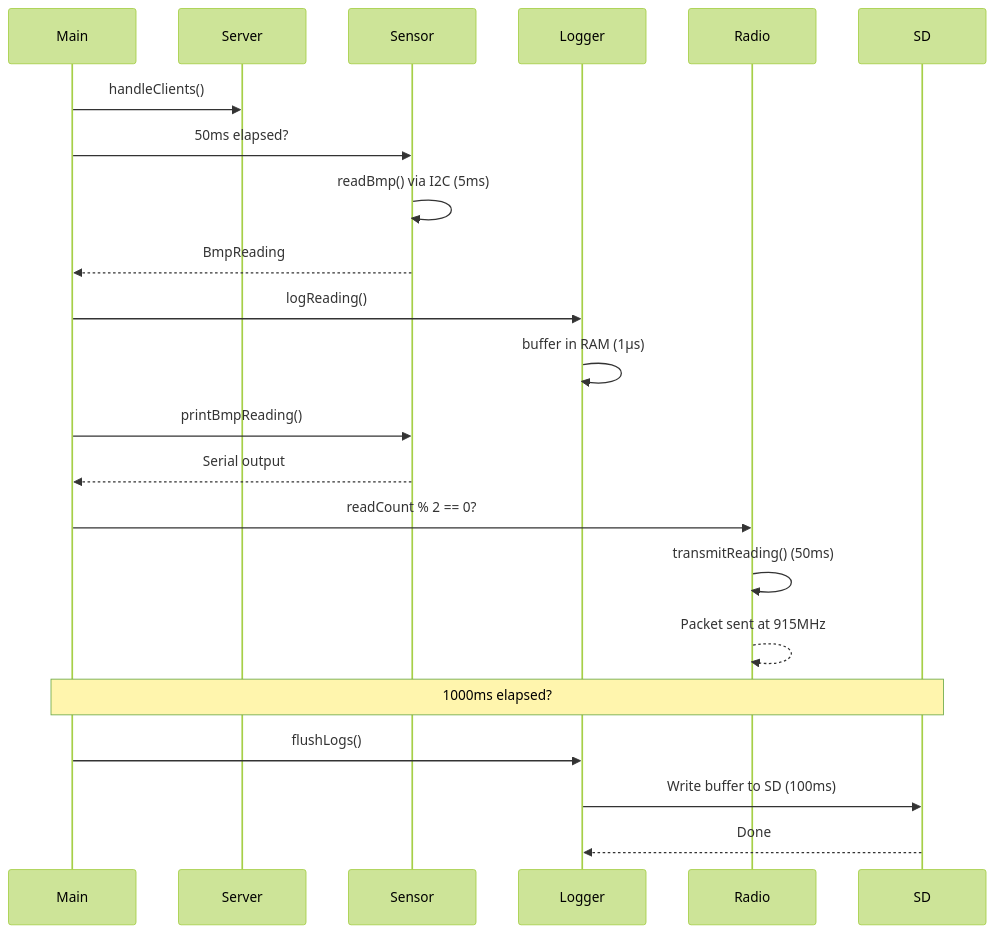
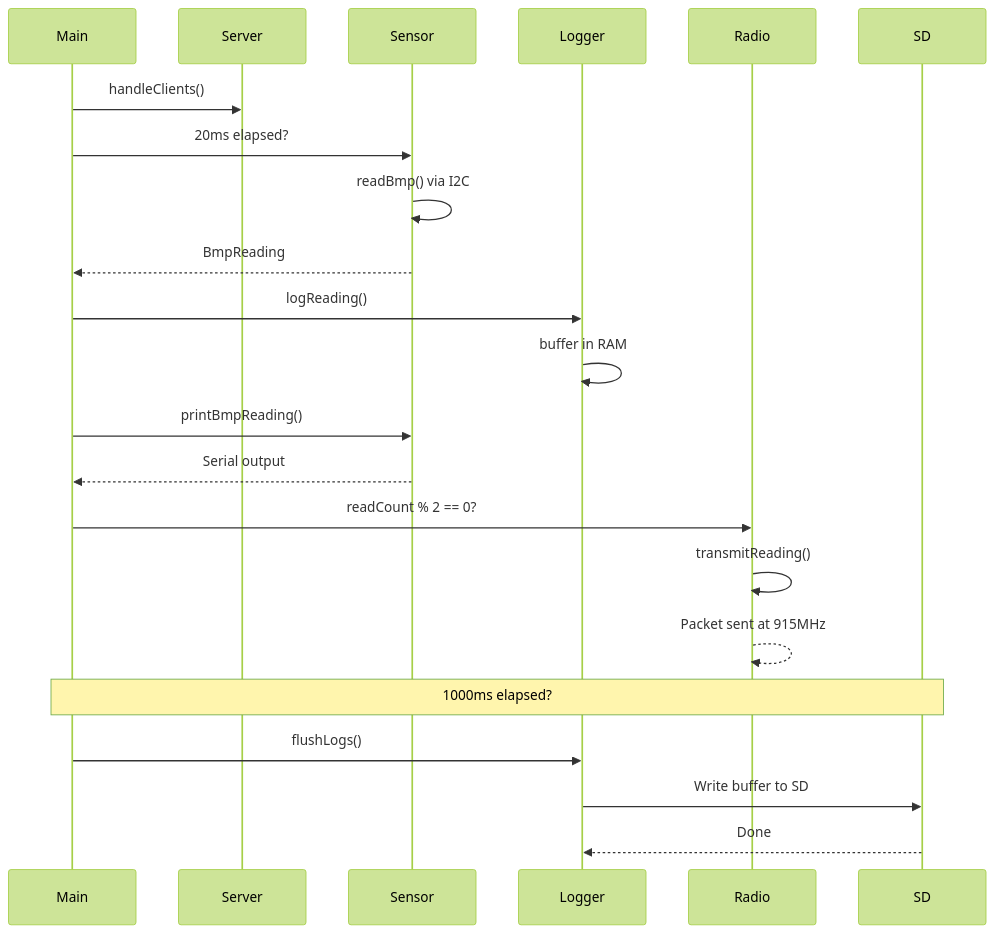
Before and after one commit to MichaelADiazM/George-L2-and-L3-Electronics-Hell: the second of 2 diagrams in README.md, drawn with Mermaid (forest theme). The commit also changed other lines of this file and 6 other files, not shown here.

````diff
--- a/README.md
+++ b/README.md
@@ -510,26 +498,26 @@
 ```mermaid
 sequenceDiagram
     participant Main
     participant Server
     participant Sensor
     participant Logger
     participant Radio
     participant SD
     
     Main->>Server: handleClients()
-    Main->>Sensor: 50ms elapsed?
-    Sensor->>Sensor: readBmp() via I2C (5ms)
+    Main->>Sensor: 20ms elapsed?
+    Sensor->>Sensor: readBmp() via I2C
     Sensor-->>Main: BmpReading
     Main->>Logger: logReading()
-    Logger->>Logger: buffer in RAM (1μs)
+    Logger->>Logger: buffer in RAM
     Main->>Sensor: printBmpReading()
     Sensor-->>Main: Serial output
     Main->>Radio: readCount % 2 == 0?
-    Radio->>Radio: transmitReading() (50ms)
+    Radio->>Radio: transmitReading()
     Radio-->>Radio: Packet sent at 915MHz
     
     Note over Main,SD: 1000ms elapsed?
     Main->>Logger: flushLogs()
-    Logger->>SD: Write buffer to SD (100ms)
+    Logger->>SD: Write buffer to SD
     SD-->>Logger: Done
 ```
````
